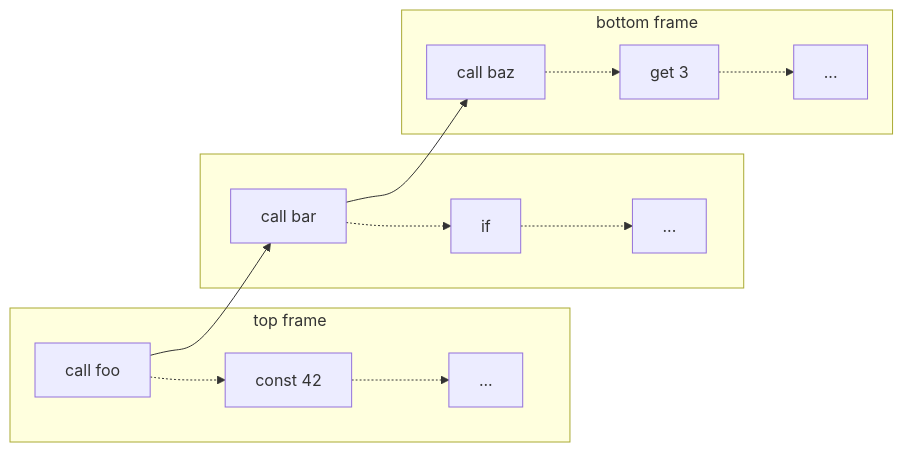
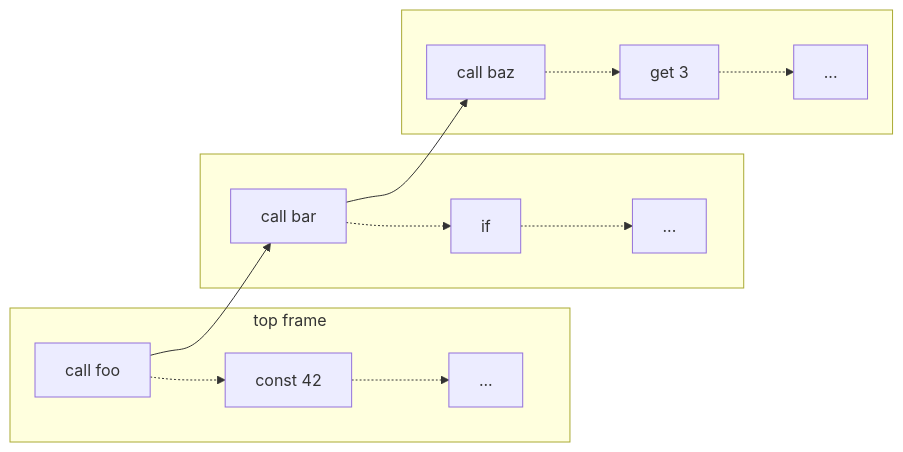
One commit to raviqqe/doc changed the diagram in slides/stak/unicode/backtrace.mmd. Above: the diagram before and after it, drawn with Mermaid.

```diff
--- a/slides/stak/unicode/backtrace.mmd
+++ b/slides/stak/unicode/backtrace.mmd
@@ -1,16 +1,16 @@
 flowchart LR
   subgraph s0[top frame]
     c0[call foo] -.-> i0[const 42] -.-> i1[...]
   end
 
   c0 --> c1
 
   subgraph s1[ ]
     c1[call bar] -.-> i2[if] -.-> i3[...]
   end
 
   c1 --> c2
 
-  subgraph s2[bottom frame]
+  subgraph s2[ ]
     c2[call baz] -.-> i4[get 3] -.-> i5[...]
   end
```
